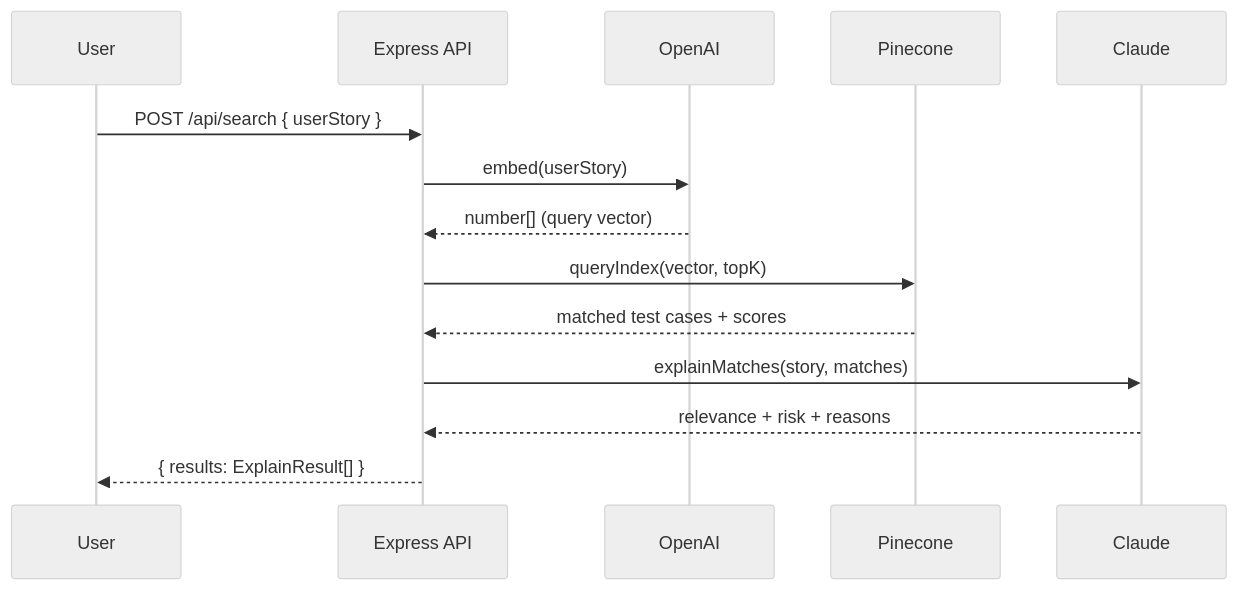
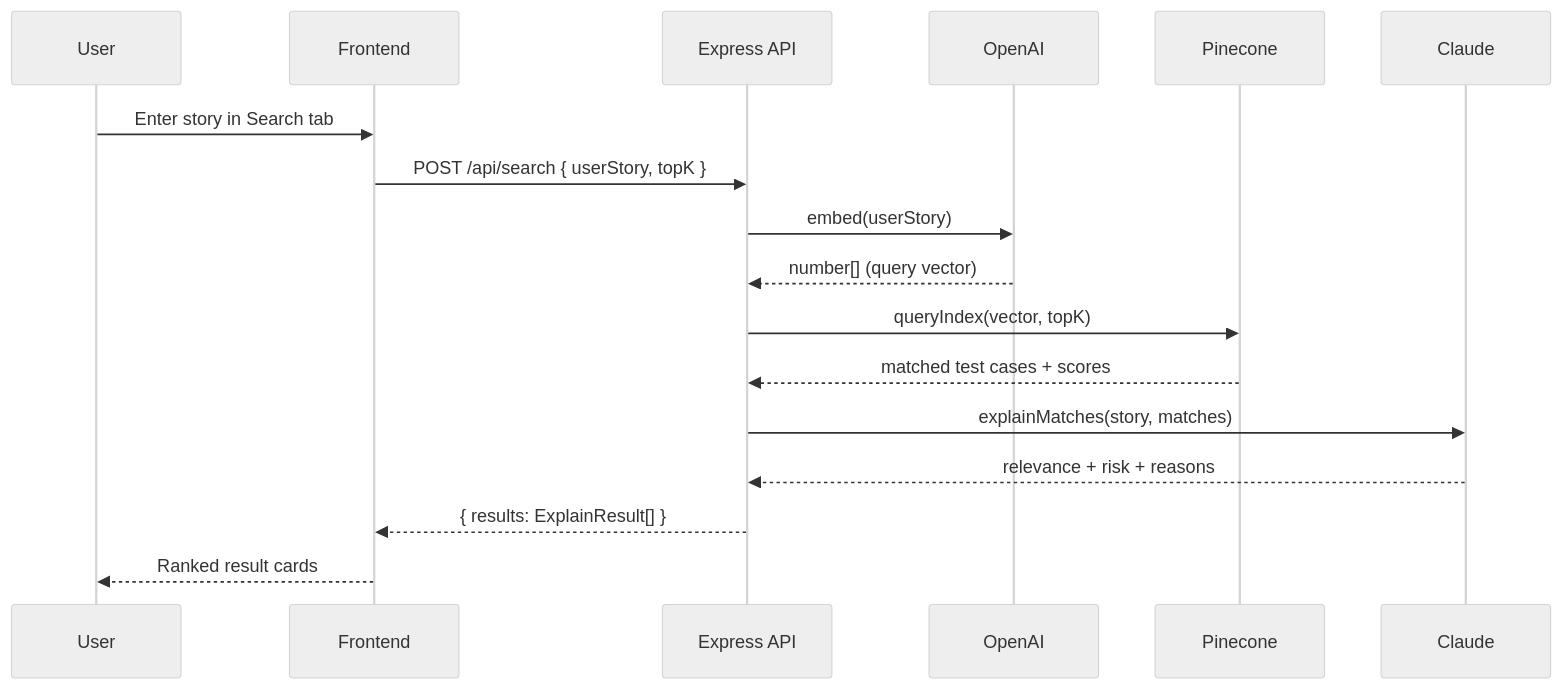
One commit to Zipstorm/test-lens changed the fourth of 5 diagrams in README.md. Above: the diagram before and after it, drawn with Mermaid (neutral theme). The commit also changed other lines of this file, not shown here.

First line of the commit message:
docs: update README with frontend architecture and setup

````diff
--- a/README.md
+++ b/README.md
@@ -68,17 +126,20 @@
 ```mermaid
 sequenceDiagram
     participant User
+    participant Frontend
     participant API as Express API
     participant OpenAI
     participant Pinecone
     participant Claude
 
-    User->>API: POST /api/search { userStory }
+    User->>Frontend: Enter story in Search tab
+    Frontend->>API: POST /api/search { userStory, topK }
     API->>OpenAI: embed(userStory)
     OpenAI-->>API: number[] (query vector)
     API->>Pinecone: queryIndex(vector, topK)
     Pinecone-->>API: matched test cases + scores
     API->>Claude: explainMatches(story, matches)
     Claude-->>API: relevance + risk + reasons
-    API-->>User: { results: ExplainResult[] }
+    API-->>Frontend: { results: ExplainResult[] }
+    Frontend-->>User: Ranked result cards
 ```
````
